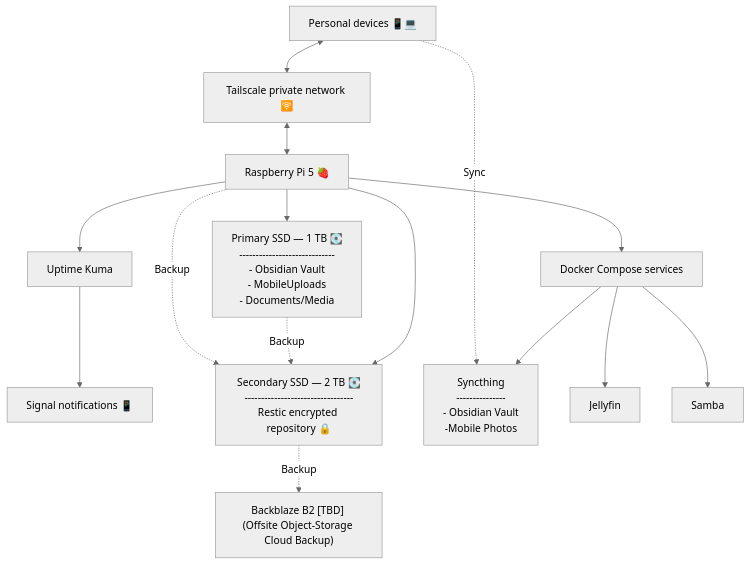
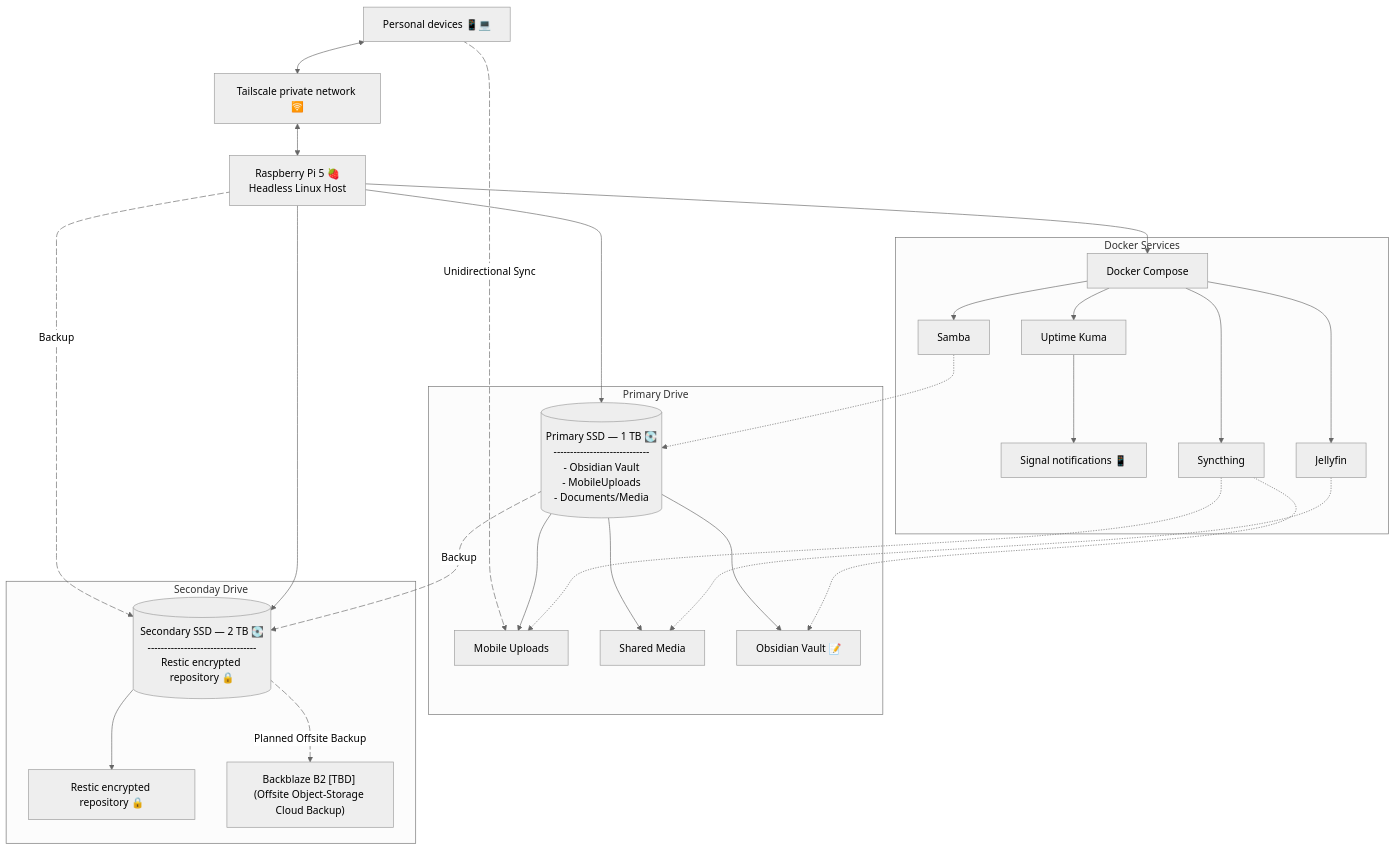
One commit to QuantumZenoSix/home-lab changed the diagram in README.md. Above: the diagram before and after it, drawn with Mermaid (neutral theme).

````diff
--- a/README.md
+++ b/README.md
@@ -25,39 +25,88 @@
 ```mermaid
+
 flowchart TB
+
+    %% ========= DEFINE ITEMS ==========
     Devices["Personal devices 📱💻"]
     Tailnet["Tailscale private network 🛜"]
-    Pi["Raspberry Pi 5 🍓"]
-    DockerServices["Docker Compose services"]
+    Pi["Raspberry Pi 5 🍓\nHeadless Linux Host"]
     Kuma["Uptime Kuma"]
     Signal["Signal notifications 📱"]
-    PrimarySSD["Primary SSD — 1 TB 💽\n-----------------------------\n- Obsidian Vault\n- MobileUploads\n- Documents/Media"]
-    SecondarySSD["Secondary SSD — 2 TB 💽\n---------------------------------\nRestic encrypted repository 🔒"]
-    %%Restic["Restic encrypted repository 🔒"]
-    %%ObsidianVault["Obsidian Vault 📝"]
-    BackBlaze["Backblaze B2 [TBD] (Offsite Object-Storage Cloud Backup)"]
-    Syncthing["Syncthing\n---------------\n- Obsidian Vault\n-Mobile Photos"]
+    Syncthing["Syncthing"]
     Jellyfin["Jellyfin"]
     Samba["Samba"]
-    
-    
+    Restic["Restic encrypted repository 🔒"]
+    DockerCompose["Docker Compose"]
+
+
+    %% ========= MAP ITEMS ============
+
+    %% TOP LEVEL
     Devices <--> Tailnet <--> Pi
     Pi --> PrimarySSD
-    Pi --> SecondarySSD -.Backup.-> BackBlaze
-    Pi --> DockerServices
-    Pi --> Kuma --> Signal
-    DockerServices --> Syncthing
+    Devices e1@-.Unidirectional Sync.-> MobileUploads
+    e1@{ animation: fast}
+    
+    Pi --> DockerCompose
 
-    Devices -.Sync.-> Syncthing
-    DockerServices --> Jellyfin
-    DockerServices --> Samba
+
+    %% PRIMARY DRIVE 
+    subgraph Primary Drive
+    %%PrimarySSD@{shape: lin-cyl, label: "Primary SSD — 1 TB 💽\n-----------------------------\n- Obsidian Vault\n- MobileUploads\n- Documents/Media"}
+        PrimarySSD[(Primary SSD — 1 TB 💽\n-----------------------------\n- Obsidian Vault\n- MobileUploads\n- Documents/Media)]
+        SharedMedia["Shared Media"]
+        MobileUploads["Mobile Uploads"]
+        ObsidianVault["Obsidian Vault 📝"]
+        
+        PrimarySSD --> ObsidianVault
+        PrimarySSD --> SharedMedia
+        PrimarySSD --> MobileUploads
+    end
+
+
+    subgraph Seconday Drive
+        SecondarySSD[(Secondary SSD — 2 TB 💽\n---------------------------------\nRestic encrypted repository 🔒)]
+        SecondarySSD --> Restic
+        BackBlaze["Backblaze B2 [TBD] (Offsite Object-Storage Cloud Backup)"]
+    end
+
+    %% DOCKER SERVICES   
+    subgraph Docker Services
+        Syncthing
+        Jellyfin
+        Samba
+        Kuma
+        DockerCompose --> Jellyfin
+        DockerCompose --> Samba
+        DockerCompose --> Syncthing
+        DockerCompose --> Kuma --> Signal
+        Jellyfin -.-> SharedMedia
+        Syncthing -.-> ObsidianVault
+        Syncthing -.-> MobileUploads
+        Samba -.-> PrimarySSD
+     end
+
+
+
+    %% Backups flow %%
+    Pi e4@-.Backup.-> SecondarySSD
+    e4@{ animation: fast}    
+
+    PrimarySSD e3@-.Backup.->  SecondarySSD
+    e3@{ animation: fast}
+
+    Pi --> SecondarySSD e2@-.Planned Offsite Backup.-> BackBlaze
+    e2@{ animation: fast}
+
+
+
+
+
     %%Kuma -.Monitoring.-> Syncthing
     %%Kuma -.Monitoring.-> Jellyfin
     %%%Kuma -.Monitoring.-> Samba
 
     %%Kuma -.-> DockerServices
     
-    %% Backups flow %%
-    PrimarySSD -.Backup.->  SecondarySSD
-    Pi-.Backup.-> SecondarySSD
-    
+
 ```
````
